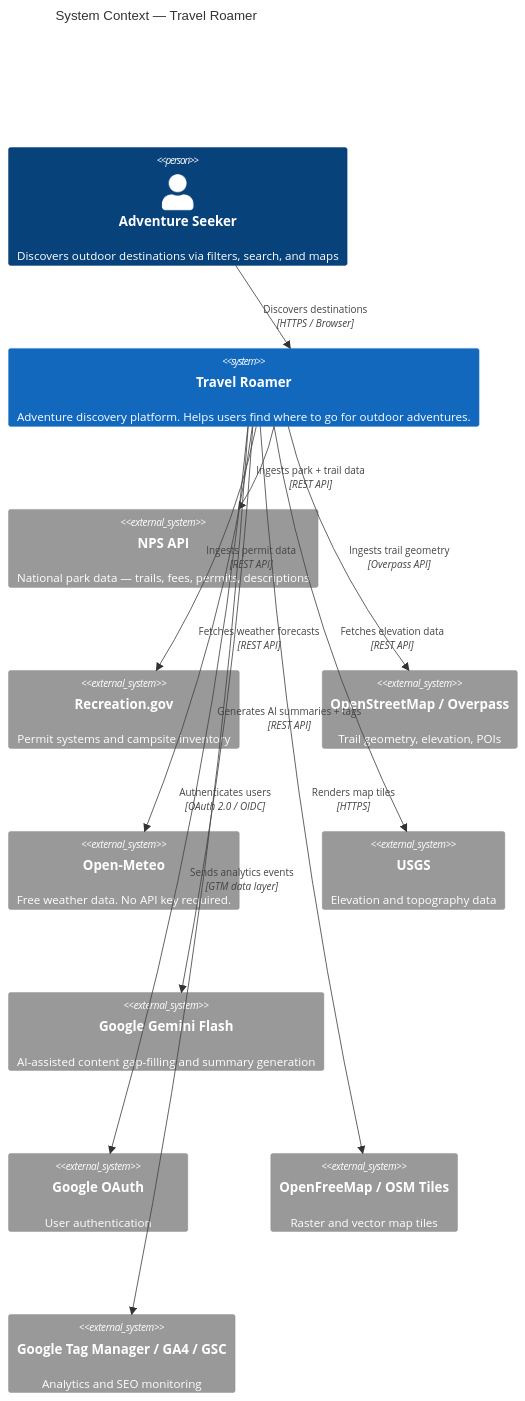
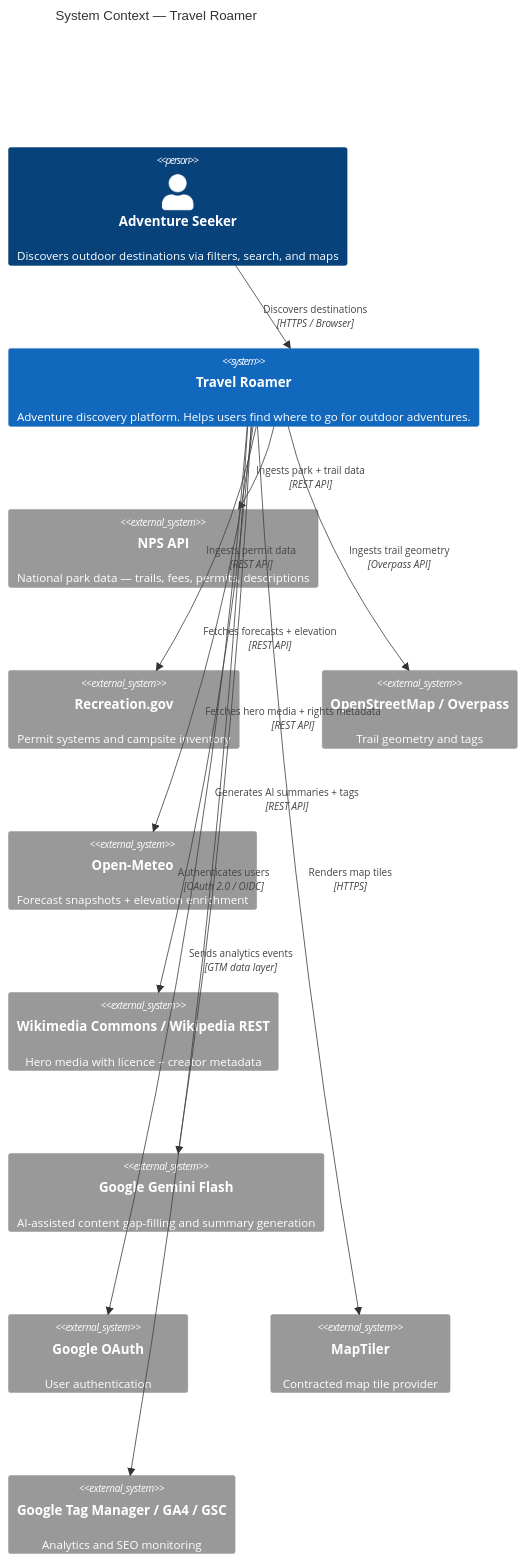
Before and after one commit to smithdavedesign/go-adventure: the first of 7 diagrams in docs/ARCHITECTURE.md, drawn with Mermaid. The commit also changed other lines of this file and 8 other files, not shown here.

Commit message:
docs: update architecture, roadmap, and launch readiness state

````diff
--- a/docs/ARCHITECTURE.md
+++ b/docs/ARCHITECTURE.md
@@ -29,29 +29,29 @@
 ```mermaid
 C4Context
     title System Context — Travel Roamer
 
     Person(user, "Adventure Seeker", "Discovers outdoor destinations via filters, search, and maps")
 
     System(app, "Travel Roamer", "Adventure discovery platform. Helps users find where to go for outdoor adventures.")
 
     System_Ext(nps, "NPS API", "National park data — trails, fees, permits, descriptions")
     System_Ext(recreation, "Recreation.gov", "Permit systems and campsite inventory")
-    System_Ext(osm, "OpenStreetMap / Overpass", "Trail geometry, elevation, POIs")
-    System_Ext(openmeteo, "Open-Meteo", "Free weather data. No API key required.")
-    System_Ext(usgs, "USGS", "Elevation and topography data")
+    System_Ext(osm, "OpenStreetMap / Overpass", "Trail geometry and tags")
+    System_Ext(openmeteo, "Open-Meteo", "Forecast snapshots + elevation enrichment")
+    System_Ext(wikimedia, "Wikimedia Commons / Wikipedia REST", "Hero media with licence + creator metadata")
     System_Ext(gemini, "Google Gemini Flash", "AI-assisted content gap-filling and summary generation")
     System_Ext(google_auth, "Google OAuth", "User authentication")
-    System_Ext(maptiles, "OpenFreeMap / OSM Tiles", "Raster and vector map tiles")
+    System_Ext(maptiles, "MapTiler", "Contracted map tile provider")
     System_Ext(gtm, "Google Tag Manager / GA4 / GSC", "Analytics and SEO monitoring")
 
     Rel(user, app, "Discovers destinations", "HTTPS / Browser")
     Rel(app, nps, "Ingests park + trail data", "REST API")
     Rel(app, recreation, "Ingests permit data", "REST API")
     Rel(app, osm, "Ingests trail geometry", "Overpass API")
-    Rel(app, openmeteo, "Fetches weather forecasts", "REST API")
-    Rel(app, usgs, "Fetches elevation data", "REST API")
+    Rel(app, openmeteo, "Fetches forecasts + elevation", "REST API")
+    Rel(app, wikimedia, "Fetches hero media + rights metadata", "REST API")
     Rel(app, gemini, "Generates AI summaries + tags", "REST API")
     Rel(app, google_auth, "Authenticates users", "OAuth 2.0 / OIDC")
     Rel(app, maptiles, "Renders map tiles", "HTTPS")
     Rel(app, gtm, "Sends analytics events", "GTM data layer")
 ```
````
